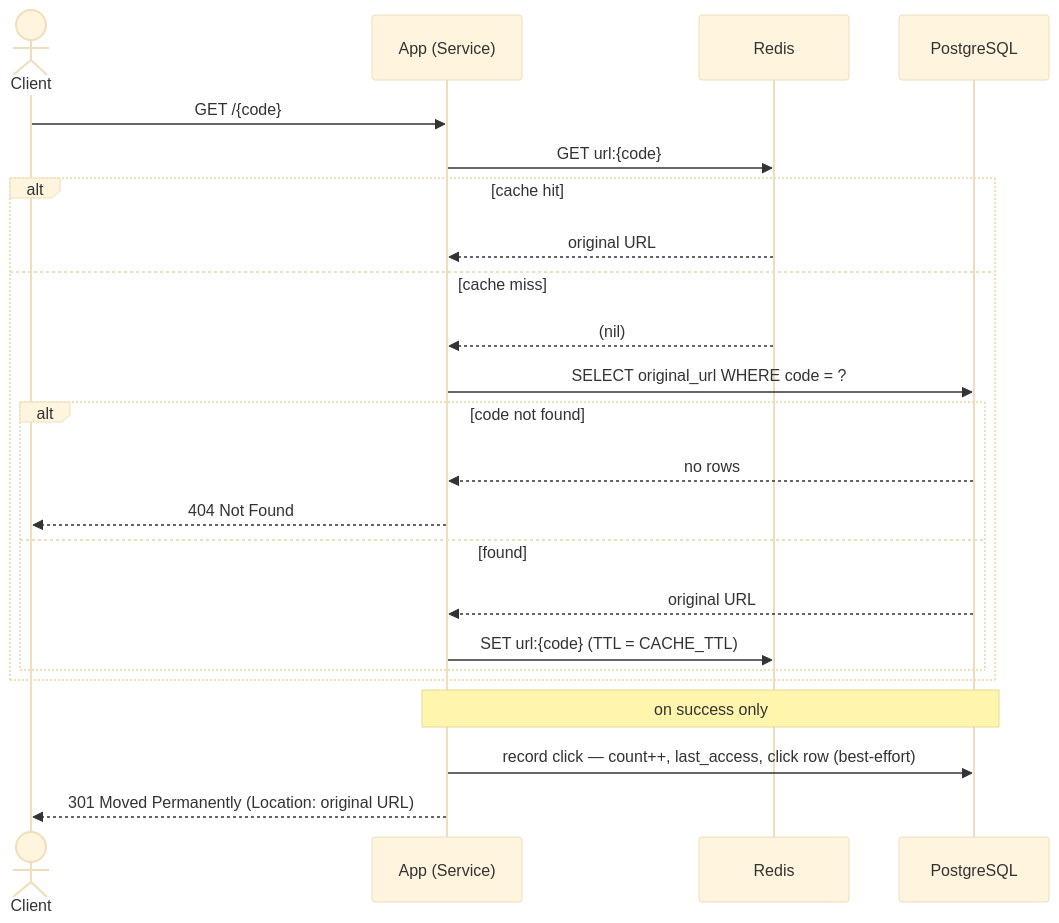
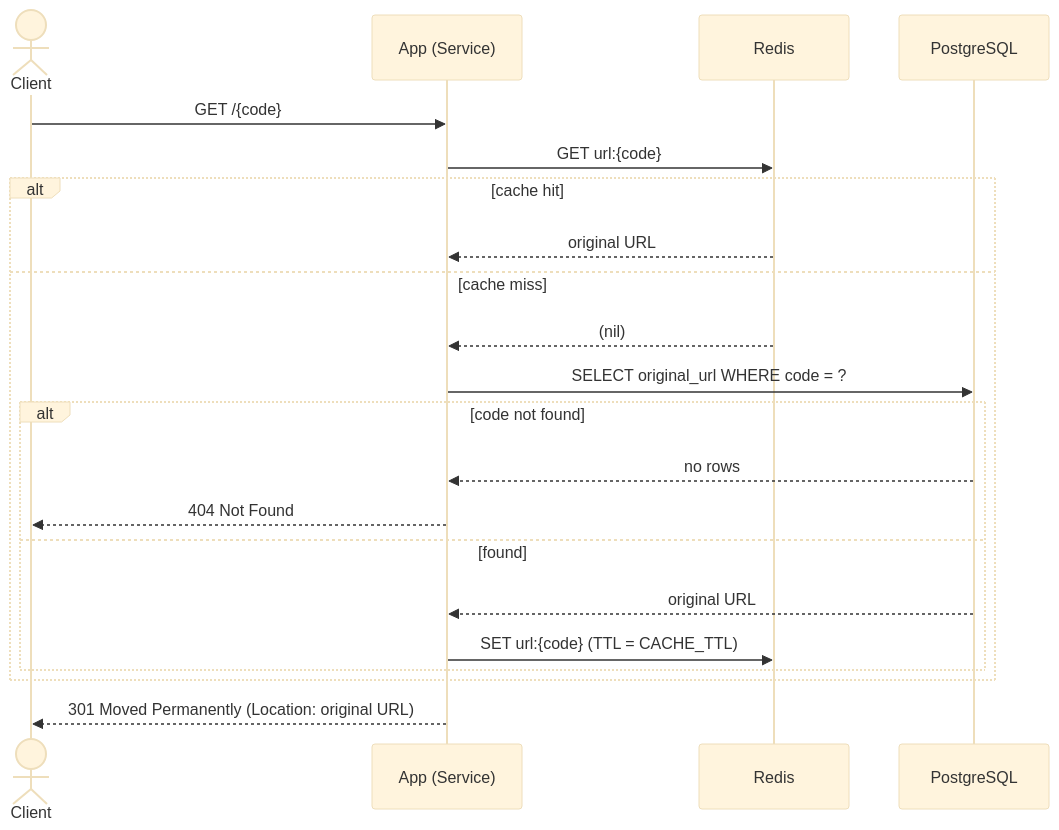
One commit to Architkumar13/Paytm_url_shortner changed the third of 3 diagrams in README.md. Above: the diagram before and after it, drawn with Mermaid (base theme). The commit also changed other lines of this file and 11 other files, not shown here.

````diff
--- a/README.md
+++ b/README.md
@@ -75,26 +74,24 @@
 ```mermaid
 sequenceDiagram
     actor C as Client
     participant A as App (Service)
     participant R as Redis
     participant DB as PostgreSQL
 
     C->>A: GET /{code}
     A->>R: GET url:{code}
     alt cache hit
         R-->>A: original URL
     else cache miss
         R-->>A: (nil)
         A->>DB: SELECT original_url WHERE code = ?
         alt code not found
             DB-->>A: no rows
             A-->>C: 404 Not Found
         else found
             DB-->>A: original URL
             A->>R: SET url:{code} (TTL = CACHE_TTL)
         end
     end
-    Note over A,DB: on success only
-    A->>DB: record click — count++, last_access, click row (best-effort)
     A-->>C: 301 Moved Permanently (Location: original URL)
 ```
````
